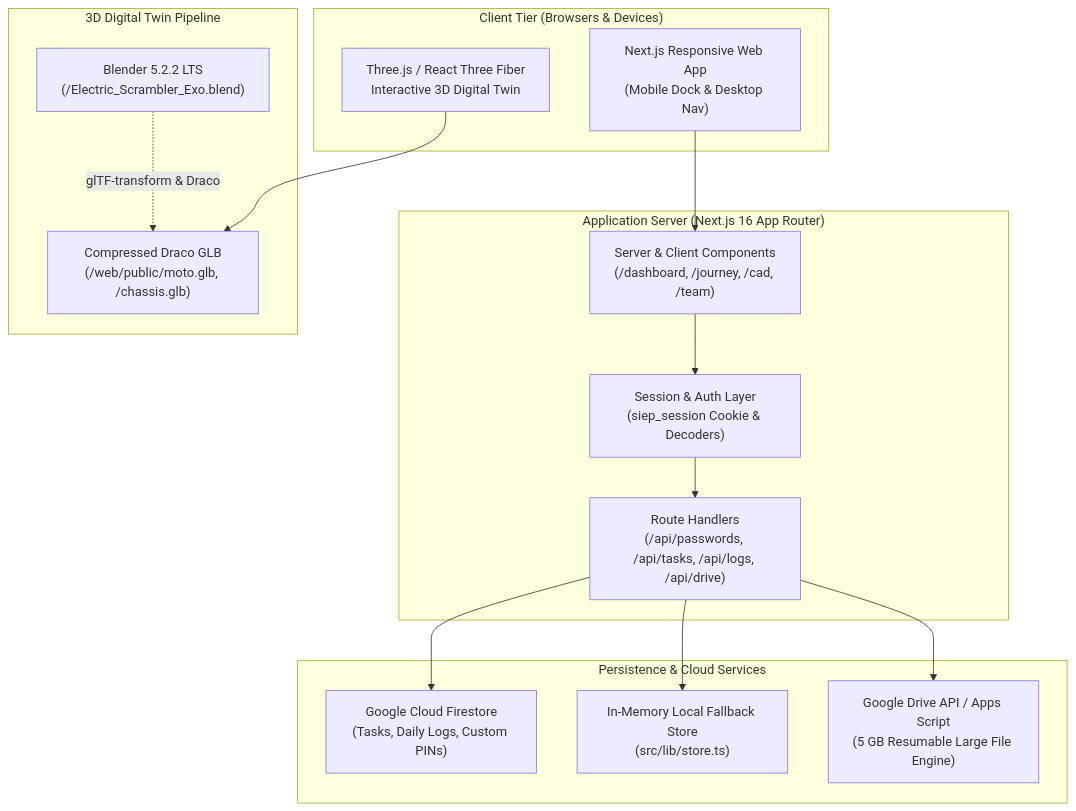
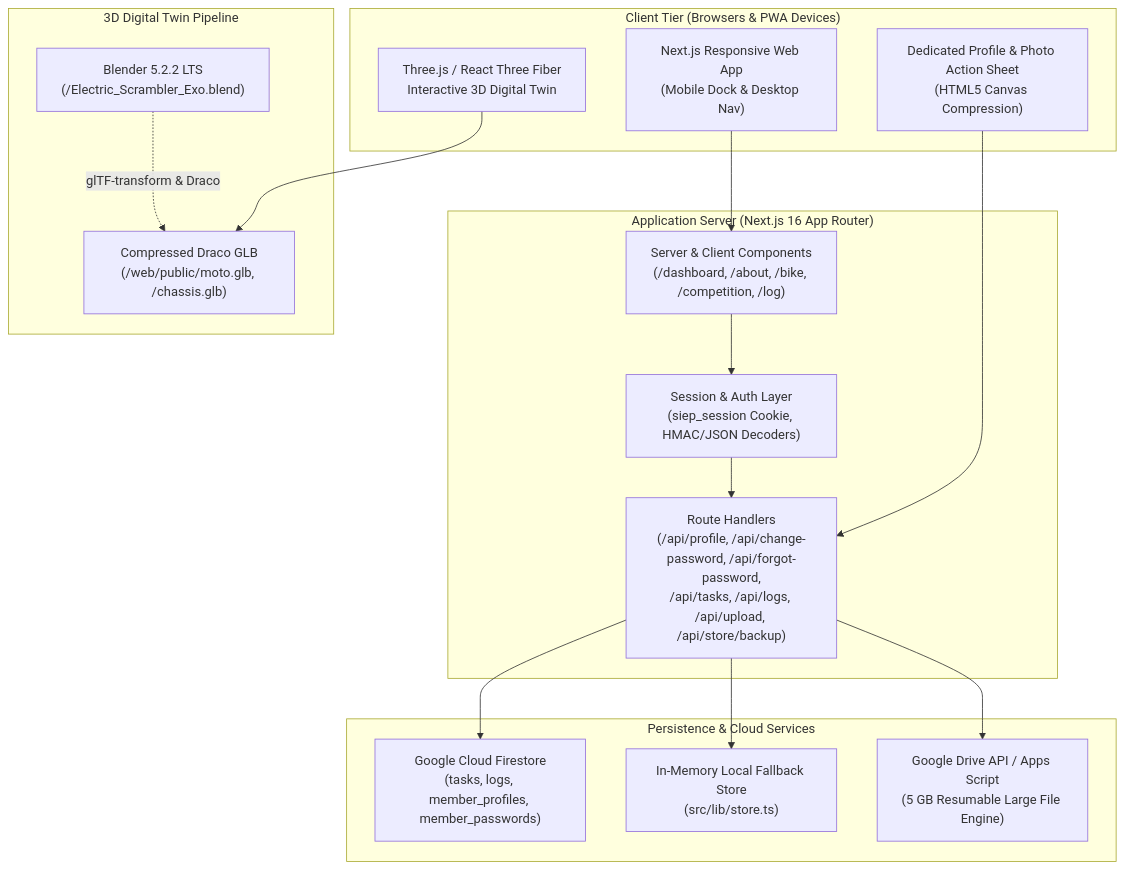
The diagram in .context/ARCHITECTURE.md (Parth-352/SIEP-Website), drawn with Mermaid before and after one commit. The commit also changed other lines of this file and 3 other files, not shown here.

````diff
--- a/.context/ARCHITECTURE.md
+++ b/.context/ARCHITECTURE.md
@@ -11,33 +12,35 @@
 ```mermaid
 flowchart TD
-    subgraph Client["Client Tier (Browsers & Devices)"]
+    subgraph Client["Client Tier (Browsers & PWA Devices)"]
         UserBrowser["Next.js Responsive Web App\n(Mobile Dock & Desktop Nav)"]
         ThreeCanvas["Three.js / React Three Fiber\nInteractive 3D Digital Twin"]
+        ProfileUI["Dedicated Profile & Photo Action Sheet\n(HTML5 Canvas Compression)"]
     end
 
     subgraph AppServer["Application Server (Next.js 16 App Router)"]
-        Pages["Server & Client Components\n(/dashboard, /journey, /cad, /team)"]
-        AuthMiddleware["Session & Auth Layer\n(siep_session Cookie & Decoders)"]
-        APIRoutes["Route Handlers\n(/api/passwords, /api/tasks, /api/logs, /api/drive)"]
+        Pages["Server & Client Components\n(/dashboard, /about, /bike, /competition, /log)"]
+        AuthMiddleware["Session & Auth Layer\n(siep_session Cookie, HMAC/JSON Decoders)"]
+        APIRoutes["Route Handlers\n(/api/profile, /api/change-password, /api/forgot-password,\n/api/tasks, /api/logs, /api/upload, /api/store/backup)"]
     end
 
     subgraph DataServices["Persistence & Cloud Services"]
-        Firestore["Google Cloud Firestore\n(Tasks, Daily Logs, Custom PINs)"]
+        Firestore["Google Cloud Firestore\n(tasks, logs, member_profiles, member_passwords)"]
         InMemory["In-Memory Local Fallback Store\n(src/lib/store.ts)"]
         GDrive["Google Drive API / Apps Script\n(5 GB Resumable Large File Engine)"]
     end
 
     subgraph DigitalTwin["3D Digital Twin Pipeline"]
         BlenderFile["Blender 5.2.2 LTS\n(/Electric_Scrambler_Exo.blend)"]
         GLBAssets["Compressed Draco GLB\n(/web/public/moto.glb, /chassis.glb)"]
     end
 
     UserBrowser --> Pages
+    ProfileUI --> APIRoutes
     ThreeCanvas --> GLBAssets
     Pages --> AuthMiddleware
     AuthMiddleware --> APIRoutes
     APIRoutes --> Firestore
     APIRoutes --> InMemory
     APIRoutes --> GDrive
     BlenderFile -.->|glTF-transform & Draco| GLBAssets
 ```
````
